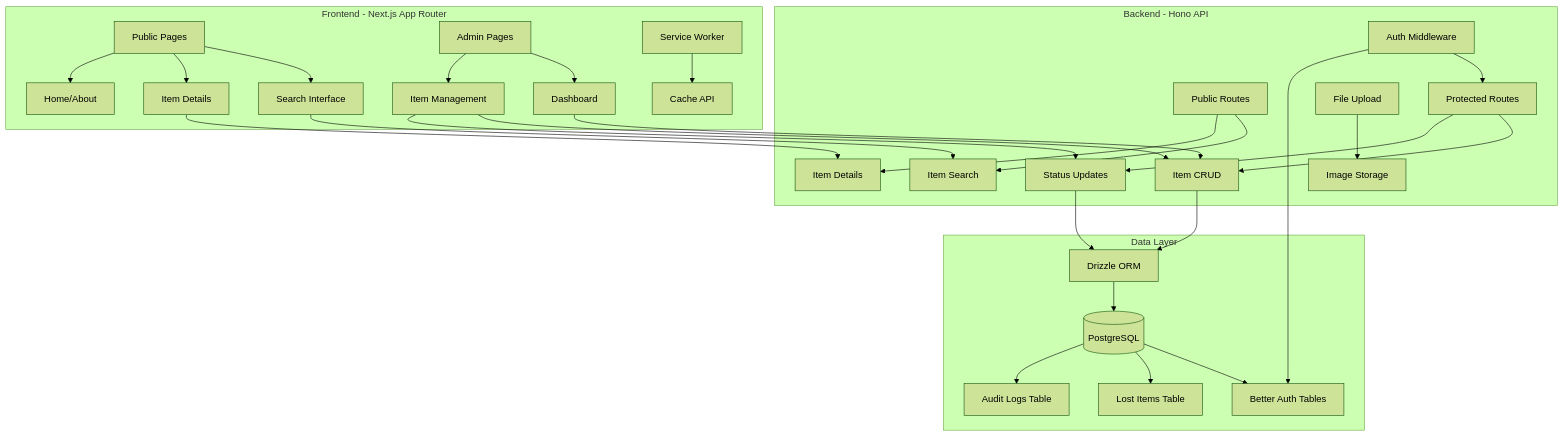
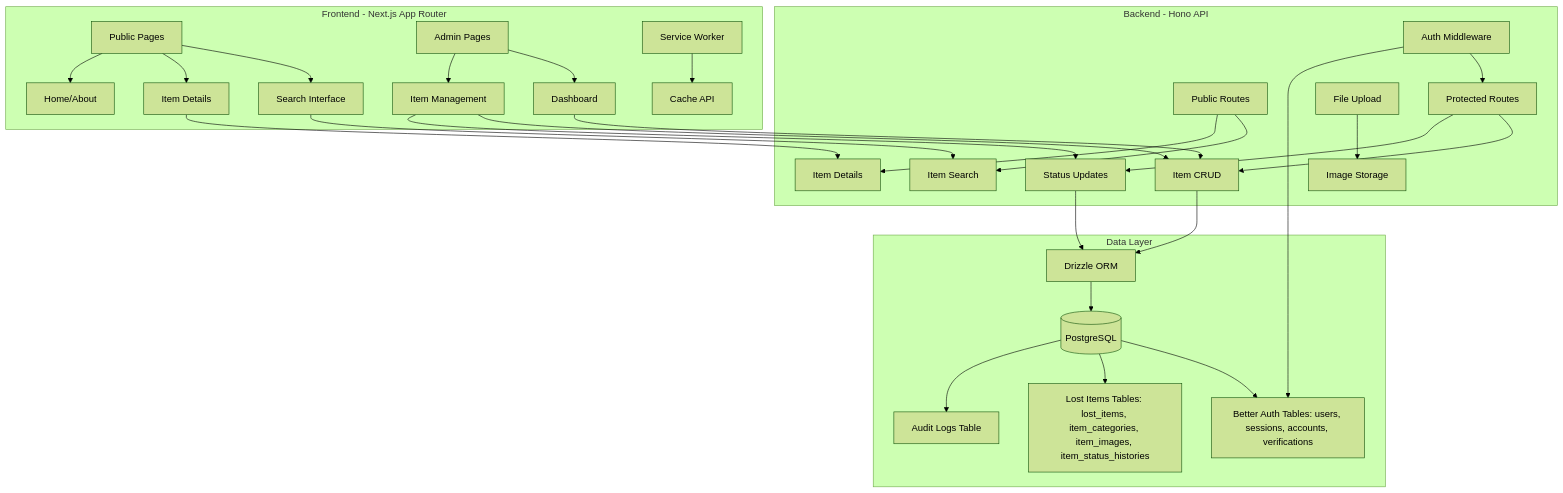
The diagram in .kiro/specs/lost-and-found-system/design.md (jvstln/findhub), drawn with Mermaid (forest theme) before and after one commit. The commit also changed other lines of this file and 148 other files, not shown here.

Commit message:
feat: move admin to a separate app and improve ui and db schema

````diff
--- a/.kiro/specs/lost-and-found-system/design.md
+++ b/.kiro/specs/lost-and-found-system/design.md
@@ -22,41 +22,41 @@
 ```mermaid
 graph TB
     subgraph "Frontend - Next.js App Router"
         A[Public Pages] --> B[Search Interface]
         A --> C[Item Details]
         A --> D[Home/About]
         E[Admin Pages] --> F[Dashboard]
         E --> G[Item Management]
         H[Service Worker] --> I[Cache API]
     end
 
     subgraph "Backend - Hono API"
         J[Public Routes] --> K[Item Search]
         J --> L[Item Details]
         M[Protected Routes] --> N[Item CRUD]
         M --> O[Status Updates]
         P[Auth Middleware] --> M
         Q[File Upload] --> R[Image Storage]
     end
 
     subgraph "Data Layer"
         S[Drizzle ORM]
         T[(PostgreSQL)]
-        U[Better Auth Tables]
-        V[Lost Items Table]
+        U[Better Auth Tables: users, sessions, accounts, verifications]
+        V[Lost Items Tables: lost_items, item_categories, item_images, item_status_histories]
         W[Audit Logs Table]
     end
 
     B --> K
     C --> L
     F --> N
     G --> N
     G --> O
     N --> S
     O --> S
     S --> T
     T --> U
     T --> V
     T --> W
     P --> U
 ```
````
